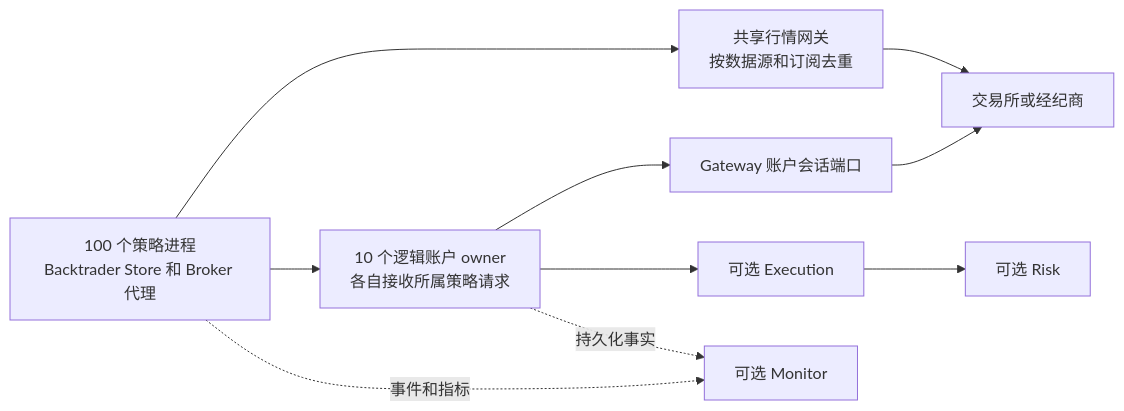
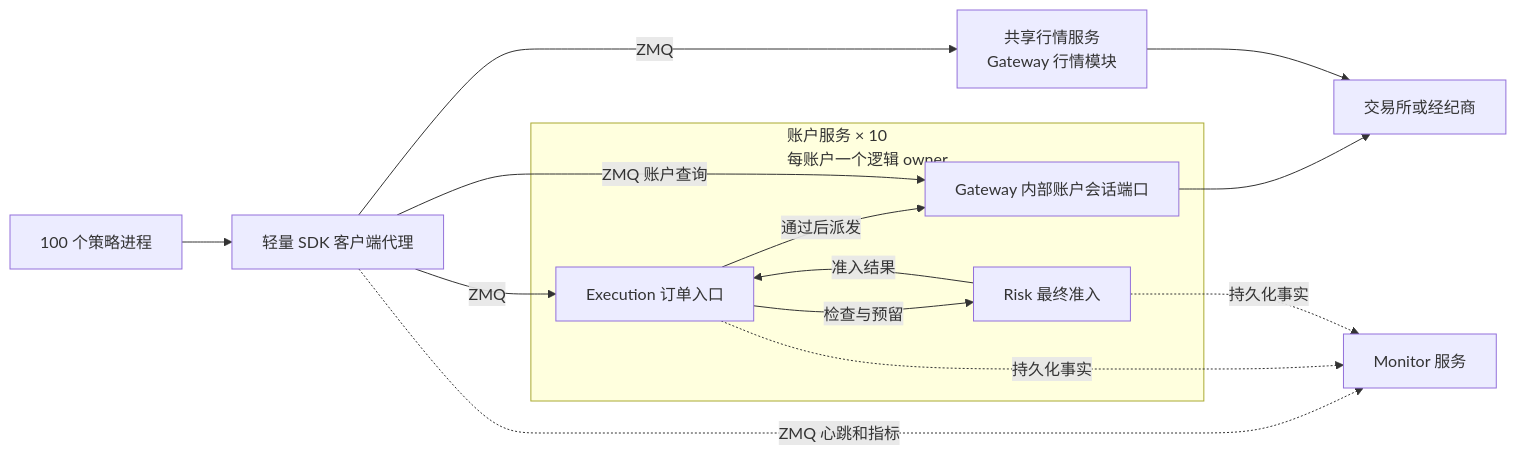
The diagram in docs/迭代计划/迭代04-可选组件与可配置通信/正式迭代计划.md (cloudQuant/bt_api_py), drawn with Mermaid before and after one commit. The commit also changed other lines of this file, not shown here.

````diff
--- a/docs/迭代计划/迭代04-可选组件与可配置通信/正式迭代计划.md
+++ b/docs/迭代计划/迭代04-可选组件与可配置通信/正式迭代计划.md
@@ -73,12 +76,17 @@
 ```mermaid
 flowchart LR
-    S[100 个策略进程\nBacktrader Store 和 Broker 代理] --> MD[共享行情网关\n按数据源和订阅去重]
-    S --> A[10 个逻辑账户 owner\n各自接收所属策略请求]
-    A --> G[Gateway 账户会话端口]
-    A --> E[可选 Execution]
-    E --> R[可选 Risk]
+    S[100 个策略进程] --> C[轻量 SDK 客户端代理]
+    C -->|ZMQ| MD[共享行情服务\nGateway 行情模块]
+    subgraph A[账户服务 × 10\n每账户一个逻辑 owner]
+        E[Execution 订单入口] -->|检查与预留| R[Risk 最终准入]
+        R -->|准入结果| E
+        E -->|通过后派发| G[Gateway 内部账户会话端口]
+    end
+    C -->|ZMQ| E
+    C -->|ZMQ 账户查询| G
     G --> P[交易所或经纪商]
     MD --> P
-    S -.事件和指标.-> M[可选 Monitor]
-    A -.持久化事实.-> M
+    C -.ZMQ 心跳和指标.-> M[Monitor 服务]
+    E -.持久化事实.-> M
+    R -.持久化事实.-> M
 ```
````
